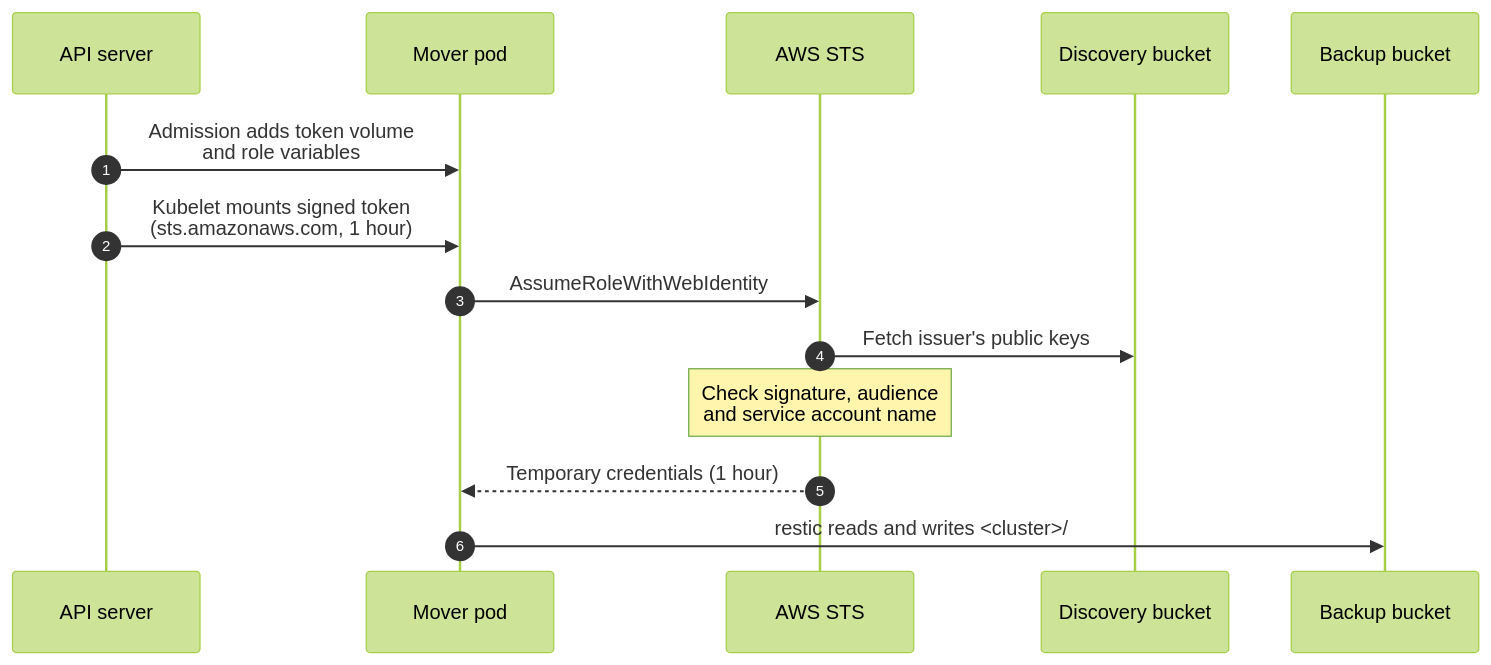
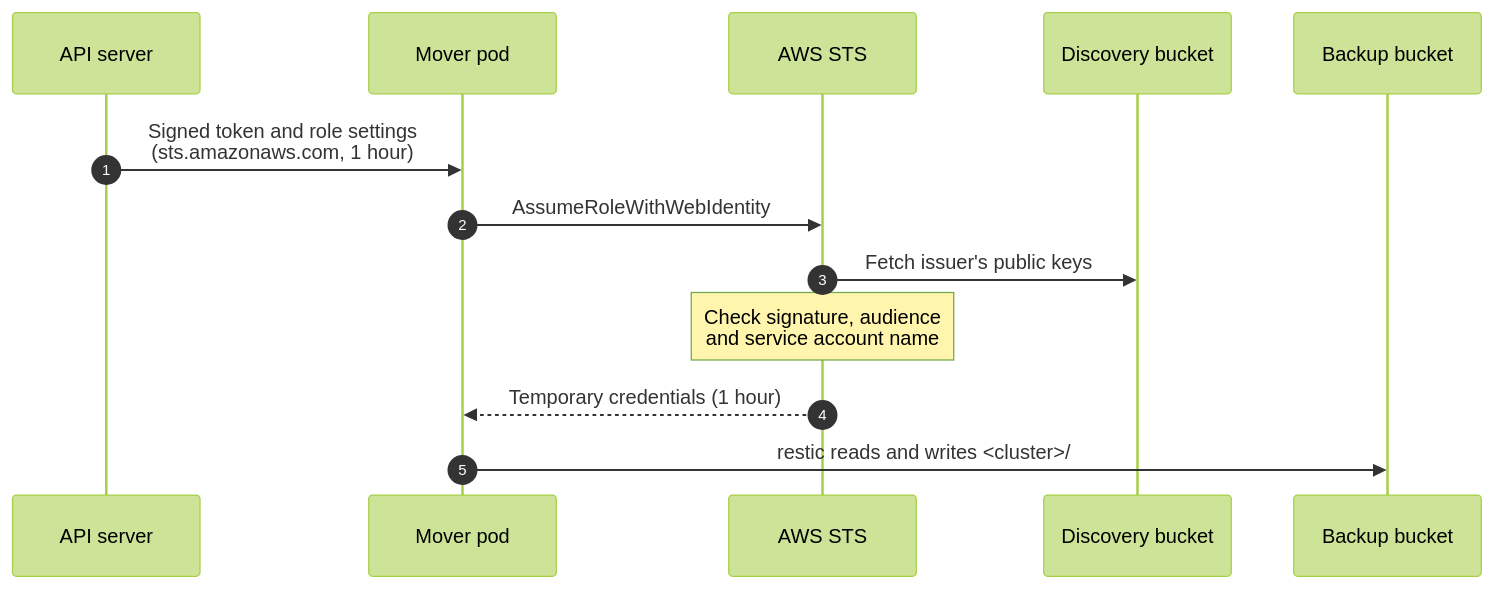
One commit to rauland/iac changed the diagram in terraform/platform/cluster-oidc/README.md. Above: the diagram before and after it, drawn with Mermaid (forest theme). The commit also changed other lines of this file, not shown here.

First line of the commit message:
Start the OIDC sequence diagram with one step for the pod's token

````diff
--- a/terraform/platform/cluster-oidc/README.md
+++ b/terraform/platform/cluster-oidc/README.md
@@ -29,17 +29,16 @@
 ```mermaid
 sequenceDiagram
     autonumber
     participant api as API server
     participant pod as Mover pod
     participant sts as AWS STS
     participant docs as Discovery bucket
     participant data as Backup bucket
 
-    api->>pod: Admission adds token volume<br/>and role variables
-    api->>pod: Kubelet mounts signed token<br/>(sts.amazonaws.com, 1 hour)
+    api->>pod: Signed token and role settings<br/>(sts.amazonaws.com, 1 hour)
     pod->>sts: AssumeRoleWithWebIdentity
     sts->>docs: Fetch issuer's public keys
     Note over sts: Check signature, audience<br/>and service account name
     sts-->>pod: Temporary credentials (1 hour)
     pod->>data: restic reads and writes <cluster>/
 ```
````
